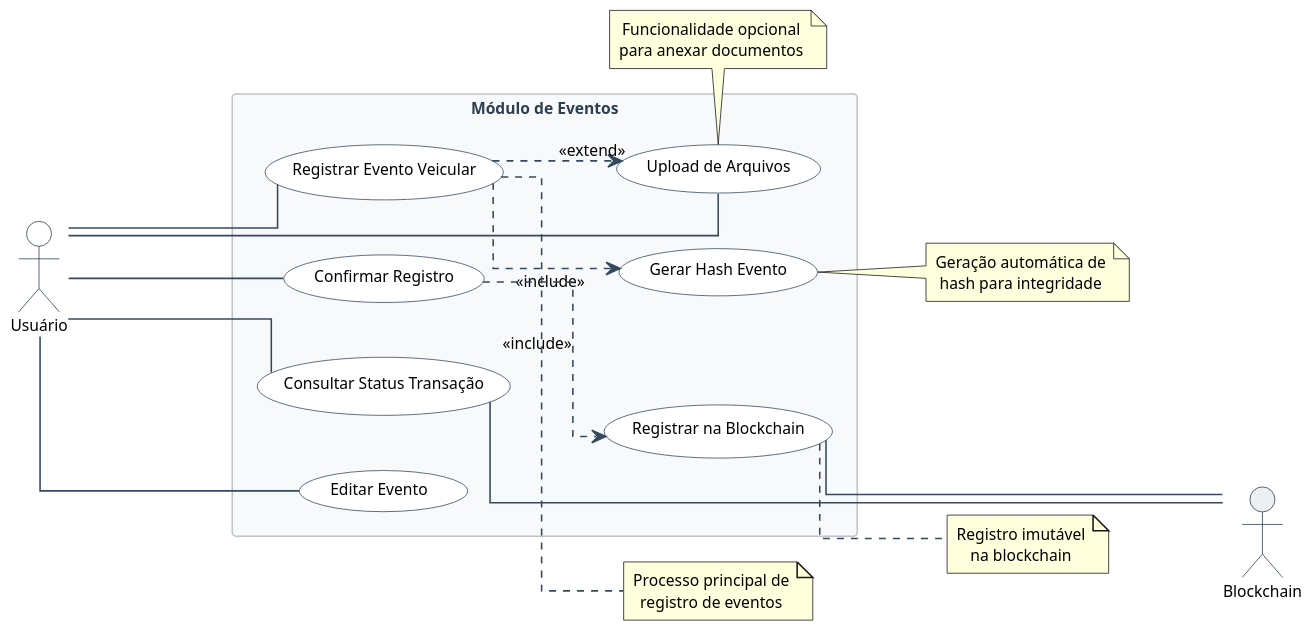
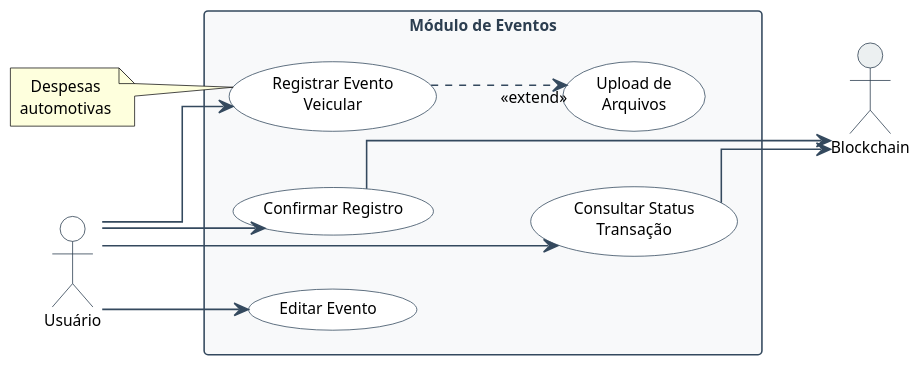
The diagram in docs/use_case_diagram/event_module.puml (Pellegr1n1/autologger-services), drawn with PlantUML before and after one commit. The commit also changed 9 other files, not shown here.

Commit message:
use case diagram fix

```diff
--- a/docs/use_case_diagram/event_module.puml
+++ b/docs/use_case_diagram/event_module.puml
@@ -1,59 +1,64 @@
 @startuml event_module
 
 left to right direction
 
 skinparam {
     usecaseFontSize 12
     usecaseFontName "Segoe UI"
     usecaseBackgroundColor #FFFFFF
     usecaseBorderColor #34495E
     actorBackgroundColor #FFFFFF
     actorBorderColor #2C3E50
     actorFontName "Segoe UI"
     actorFontSize 12
     arrowColor #34495E
     rectangleBackgroundColor #F8F9FA
     rectangleBorderColor #BDC3C7
     rectangleFontColor #2C3E50
     rectangleFontName "Segoe UI"
     rectangleFontSize 13
     defaultTextAlignment center
     wrapWidth 200
     dpi 150
     shadowing false
     linetype ortho
     defaultFontName "Segoe UI"
     defaultFontSize 10
+    packageBorderColor #34495E
+    packageBackgroundColor #F8F9FA
 }
 
 actor "Usuário" as User #FFFFFF
 actor "Blockchain" as Blockchain #ECF0F1
 
 rectangle "Módulo de Eventos" #F8F9FA {
-    (Registrar Evento Veicular) as UC05
-    (Upload de Arquivos) as UC07
-    (Gerar Hash Evento) as UC08
+    
+    (Registrar Evento\nVeicular) as UC05
     (Confirmar Registro) as UC09
-    (Registrar na Blockchain) as UC10
-    (Consultar Status Transação) as UC11
     (Editar Evento) as UC15
+    
+    UC05 -[hidden]right- UC09
+    UC09 -[hidden]right- UC15
+    
+    (Upload de\nArquivos) as UC07
+    (Consultar Status\nTransação) as UC11
+    
+    UC05 -[hidden]down- UC07
+    UC09 -[hidden]down- UC11
+    
+    UC07 -[hidden]right- UC11
 }
 
-User --- UC05
-User --- UC07
-User --- UC09
-User --- UC11
-User --- UC15
+User --> UC05
+User --> UC09
+User --> UC15
+User --> UC11
 
-UC05 ..> UC08 : <<include>>
-UC09 ..> UC10 : <<include>>
 UC05 ..> UC07 : <<extend>>
-UC10 --- Blockchain
-UC11 --- Blockchain
 
-note right of UC05 : Processo principal de\nregistro de eventos
-note right of UC08 : Geração automática de\nhash para integridade
-note right of UC10 : Registro imutável\nna blockchain
-note bottom of UC07 : Funcionalidade opcional\npara anexar documentos
+UC09 --> Blockchain
+UC11 --> Blockchain
+
+note left of UC05 : Despesas\nautomotivas
 
 @enduml
```
